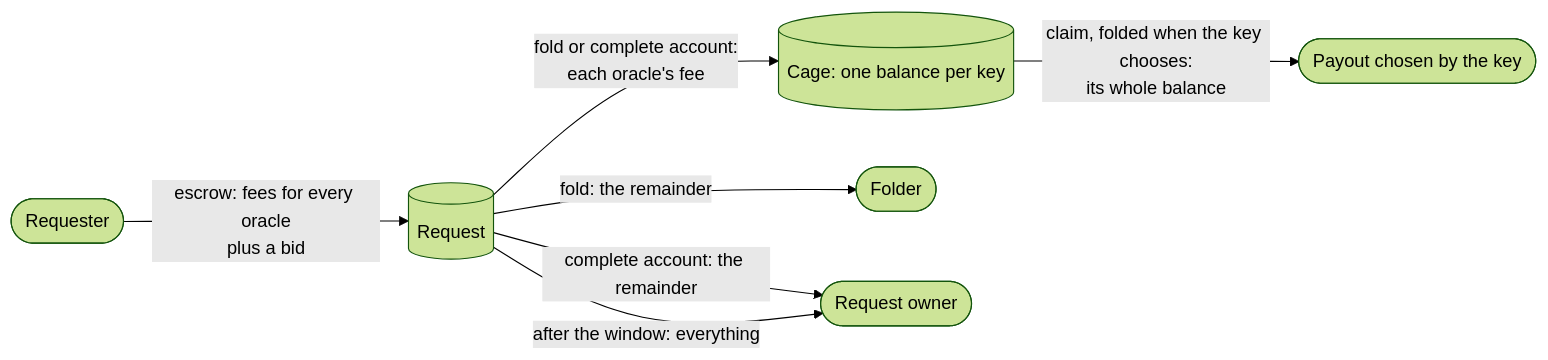
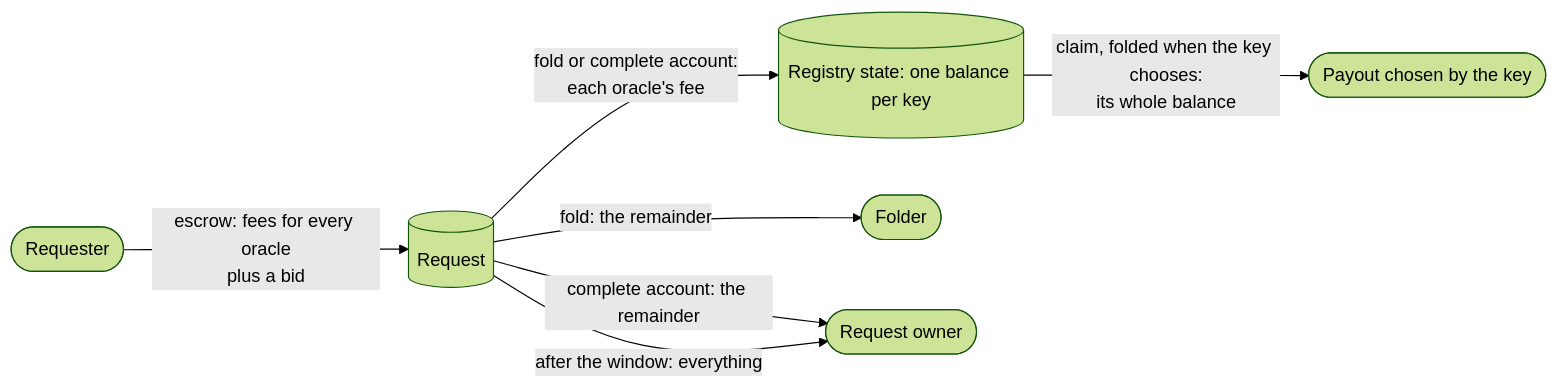
The diagram in docs/design/registries/economics.md (cardano-foundation/cardano-mpfs-onchain), drawn with Mermaid (forest theme) before and after one commit. The commit also changed other lines of this file and 8 other files, not shown here.

Commit message:
docs: call the on-chain output the registry state, not the cage

````diff
--- a/docs/design/registries/economics.md
+++ b/docs/design/registries/economics.md
@@ -9,9 +9,9 @@
 ```mermaid
 flowchart LR
   requester([Requester]) -- "escrow: fees for every oracle<br/>plus a bid" --> request[(Request)]
-  request -- "fold or complete account:<br/>each oracle's fee" --> cage[(Cage: one balance per key)]
+  request -- "fold or complete account:<br/>each oracle's fee" --> cage[(Registry state: one balance per key)]
   request -- "fold: the remainder" --> folder([Folder])
   request -- "complete account: the remainder" --> owner([Request owner])
   request -- "after the window: everything" --> owner
   cage -- "claim, folded when the key chooses:<br/>its whole balance" --> payout([Payout chosen by the key])
 ```
````
